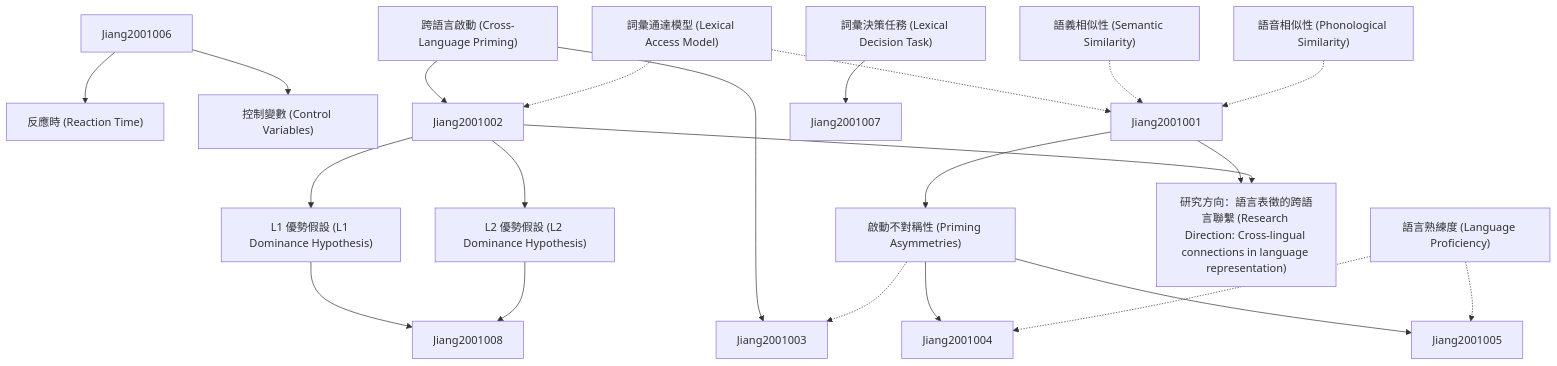
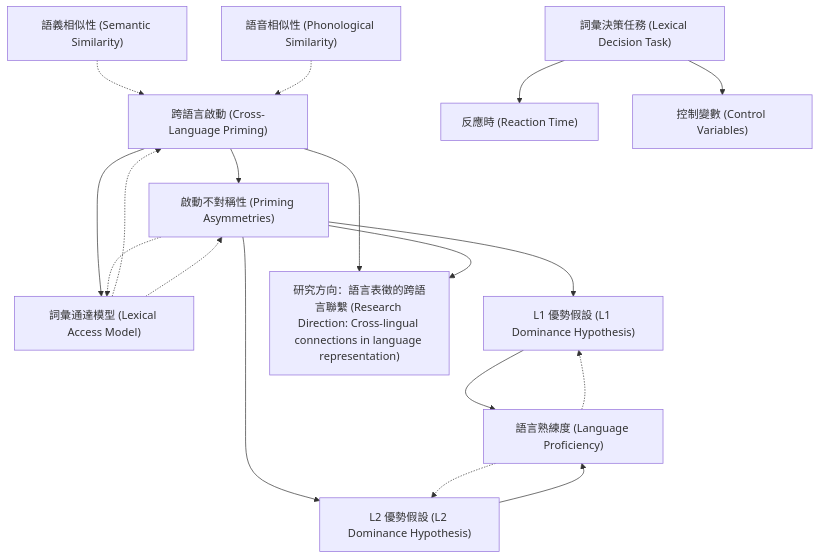
The diagram in output/zettelkasten_notes/zettel_Jiang-2001_20251104/zettel_index.md (SCgeeker/Claude_Journal_Club_Agents), drawn with Mermaid before and after one commit. The commit also changed 776 other files, not shown here.

````diff
--- a/output/zettelkasten_notes/zettel_Jiang-2001_20251104/zettel_index.md
+++ b/output/zettelkasten_notes/zettel_Jiang-2001_20251104/zettel_index.md
@@ -92,70 +92,66 @@
 ```mermaid
 graph TD
 
     Jiang-2001-001["跨語言啟動 (Cross-Language Priming)"]
 
     Jiang-2001-002["啟動不對稱性 (Priming Asymmetries)"]
 
     Jiang-2001-003["詞彙通達模型 (Lexical Access Model)"]
 
     Jiang-2001-004["L1 優勢假設 (L1 Dominance Hypothesis)"]
 
     Jiang-2001-005["L2 優勢假設 (L2 Dominance Hypothesis)"]
 
     Jiang-2001-006["詞彙決策任務 (Lexical Decision Task)"]
 
     Jiang-2001-007["反應時 (Reaction Time)"]
 
     Jiang-2001-008["語言熟練度 (Language Proficiency)"]
 
     Jiang-2001-009["語義相似性 (Semantic Similarity)"]
 
     Jiang-2001-010["語音相似性 (Phonological Similarity)"]
 
     Jiang-2001-011["控制變數 (Control Variables)"]
 
     Jiang-2001-012["研究方向：語言表徵的跨語言聯繫 (Research Direction: Cross-lingual connections in language representation)"]
 
-    Jiang-2001-001 --> Jiang2001002
+    Jiang-2001-001 --> Jiang-2001-002
 
-    Jiang-2001-001 --> Jiang2001003
+    Jiang-2001-001 --> Jiang-2001-003
 
-    Jiang2001001 --> Jiang-2001-002
 
-    Jiang-2001-002 --> Jiang2001004
+    Jiang-2001-002 --> Jiang-2001-004
 
-    Jiang-2001-002 --> Jiang2001005
+    Jiang-2001-002 --> Jiang-2001-005
 
-    Jiang-2001-002 -.-> Jiang2001003
+    Jiang-2001-002 -.-> Jiang-2001-003
 
-    Jiang-2001-003 -.-> Jiang2001001
+    Jiang-2001-003 -.-> Jiang-2001-001
 
-    Jiang-2001-003 -.-> Jiang2001002
+    Jiang-2001-003 -.-> Jiang-2001-002
 
-    Jiang2001002 --> Jiang-2001-004
 
-    Jiang-2001-004 --> Jiang2001008
+    Jiang-2001-004 --> Jiang-2001-008
 
-    Jiang2001002 --> Jiang-2001-005
 
-    Jiang-2001-005 --> Jiang2001008
+    Jiang-2001-005 --> Jiang-2001-008
 
-    Jiang-2001-006 --> Jiang2001007
+    Jiang-2001-006 --> Jiang-2001-007
 
-    Jiang2001006 --> Jiang-2001-007
 
-    Jiang-2001-008 -.-> Jiang2001004
+    Jiang-2001-008 -.-> Jiang-2001-004
 
-    Jiang-2001-008 -.-> Jiang2001005
+    Jiang-2001-008 -.-> Jiang-2001-005
 
-    Jiang-2001-009 -.-> Jiang2001001
+    Jiang-2001-009 -.-> Jiang-2001-001
 
-    Jiang-2001-010 -.-> Jiang2001001
+    Jiang-2001-010 -.-> Jiang-2001-001
 
-    Jiang2001006 --> Jiang-2001-011
+    Jiang-2001-006 --> Jiang-2001-011
 
-    Jiang2001001 --> Jiang-2001-012
+    Jiang-2001-001 --> Jiang-2001-012
 
-    Jiang2001002 --> Jiang-2001-012
+    Jiang-2001-002 --> Jiang-2001-012
 
 ```
````
